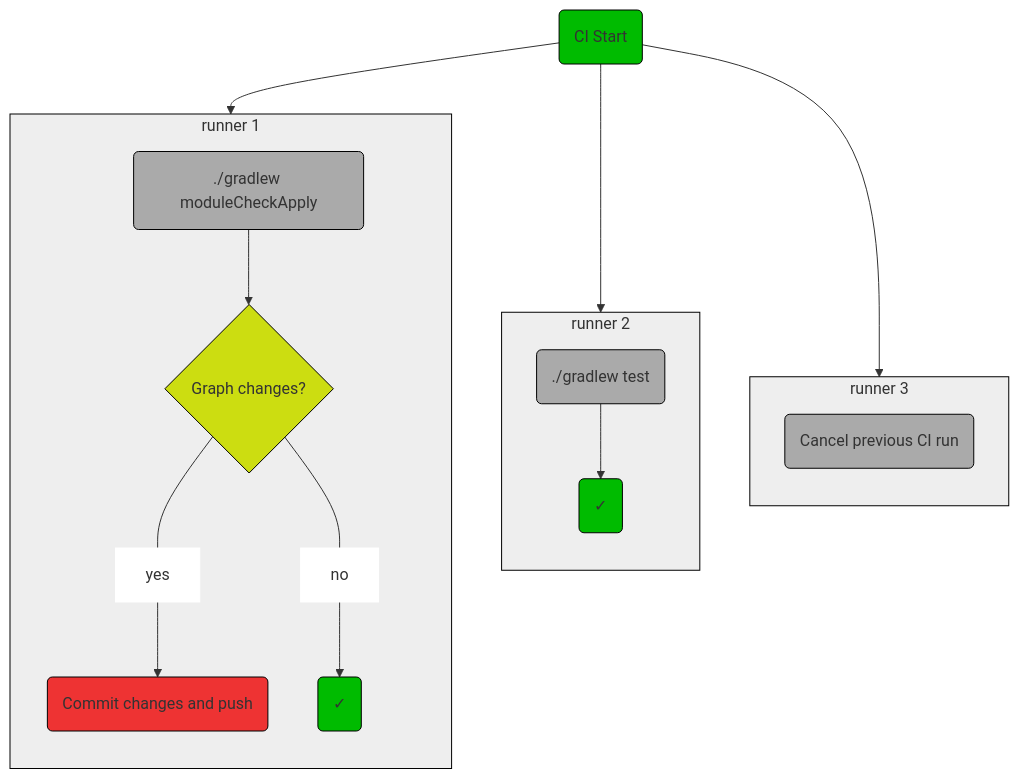
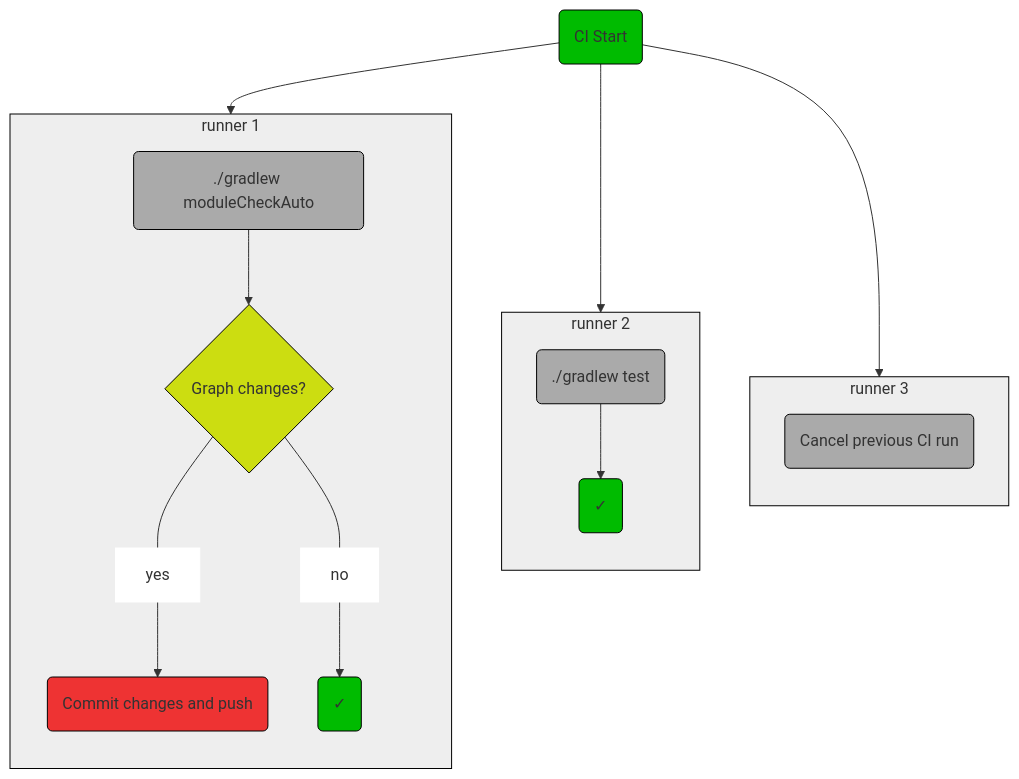
One commit to rickbusarow/ModuleCheck changed the diagram in website/docs/ci_workflow.md. Above: the diagram before and after it, drawn with Mermaid. The commit also changed other lines of this file and 1 other file, not shown here.

Commit message:
apply -> auto

````diff
--- a/website/docs/ci_workflow.md
+++ b/website/docs/ci_workflow.md
@@ -34,36 +34,36 @@
 ```mermaid
 flowchart TB
   Start(CI Start):::good --> mGraph
   Start --> tGraph
   Start --> cGraph
 
   subgraph mGraph [runner 1]
     direction TB
-    ModuleCheck(./gradlew moduleCheckApply):::code --> ChangesModuleCheck
+    ModuleCheck(./gradlew moduleCheckAuto):::code --> ChangesModuleCheck
     ChangesModuleCheck{Graph changes?} --- yesM[yes]:::lineLabel --> CommitModuleCheck(Commit changes and push):::stop
     ChangesModuleCheck --- noM[no]:::lineLabel --> EndModuleCheck("#10003;"):::good
   end
 
   subgraph tGraph [runner 2]
     direction TB
     Tests(./gradlew test):::code --> EndTests("#10003;"):::good
   end
 
   subgraph cGraph [runner 3]
     direction TB
     Cancel(Cancel previous CI run):::code
   end
 
   style tGraph fill:#EEE,stroke:#000
   style cGraph fill:#EEE,stroke:#000
   style mGraph fill:#EEE,stroke:#000
 
   classDef good fill:#0B0,stroke:#000
   classDef stop fill:#E33,stroke:#000
 
   classDef code fill:#AAA,stroke:#000
 
   style ChangesModuleCheck fill:#CD1,stroke:#000
 
   classDef lineLabel fill:#FFF,stroke:#FFF
 ```
````
